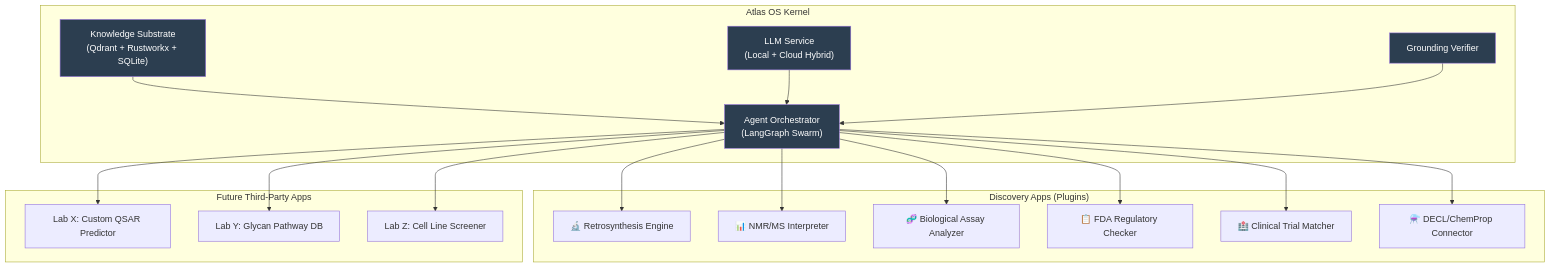
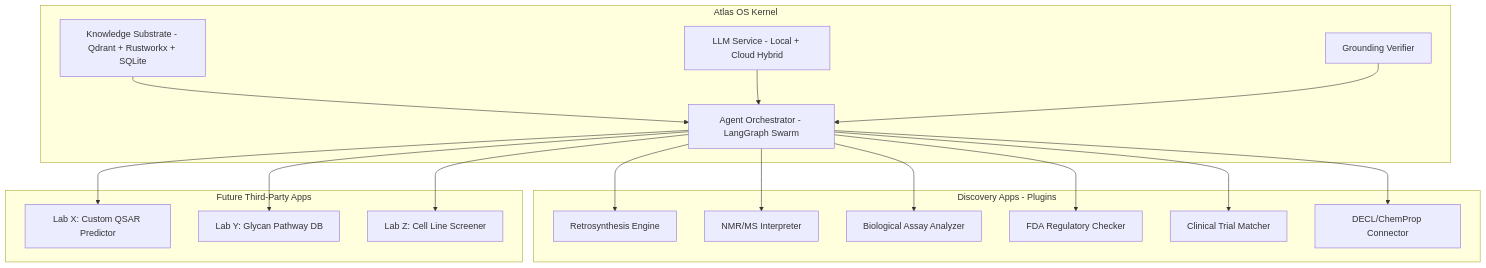
One commit to AidanSYu/Atlas-OS changed the eighth of 9 diagrams in docs/ATLAS_DISCOVERY_VISION.md. Above: the diagram before and after it, drawn with Mermaid. The commit also changed other lines of this file and 1 other file, not shown here.

Commit message:
docs: Move ATLAS_DISCOVERY_VISION.md to docs/ and refactor content for improved path portability and diagram clarity.

````diff
--- a/docs/ATLAS_DISCOVERY_VISION.md
+++ b/docs/ATLAS_DISCOVERY_VISION.md
@@ -447,42 +418,37 @@
 ```mermaid
 graph TB
-    subgraph "Atlas OS Kernel"
-        K1["Agent Orchestrator<br/>(LangGraph Swarm)"]
-        K2["Knowledge Substrate<br/>(Qdrant + Rustworkx + SQLite)"]
-        K3["LLM Service<br/>(Local + Cloud Hybrid)"]
+    subgraph KERNEL["Atlas OS Kernel"]
+        K1["Agent Orchestrator - LangGraph Swarm"]
+        K2["Knowledge Substrate - Qdrant + Rustworkx + SQLite"]
+        K3["LLM Service - Local + Cloud Hybrid"]
         K4["Grounding Verifier"]
     end
 
-    subgraph "Discovery Apps (Plugins)"
-        P1["🔬 Retrosynthesis Engine"]
-        P2["📊 NMR/MS Interpreter"]
-        P3["🧬 Biological Assay Analyzer"]
-        P4["📋 FDA Regulatory Checker"]
-        P5["🏥 Clinical Trial Matcher"]
-        P6["⚗️ DECL/ChemProp Connector"]
+    subgraph PLUGINS["Discovery Apps - Plugins"]
+        P1["Retrosynthesis Engine"]
+        P2["NMR/MS Interpreter"]
+        P3["Biological Assay Analyzer"]
+        P4["FDA Regulatory Checker"]
+        P5["Clinical Trial Matcher"]
+        P6["DECL/ChemProp Connector"]
     end
 
-    subgraph "Future Third-Party Apps"
+    subgraph THIRD["Future Third-Party Apps"]
         T1["Lab X: Custom QSAR Predictor"]
         T2["Lab Y: Glycan Pathway DB"]
         T3["Lab Z: Cell Line Screener"]
     end
 
     K1 --> P1
     K1 --> P2
     K1 --> P3
     K1 --> P4
     K1 --> P5
     K1 --> P6
     K1 --> T1
     K1 --> T2
     K1 --> T3
     K2 --> K1
     K3 --> K1
     K4 --> K1
-
-    style K1 fill:#2C3E50,color:#fff
-    style K2 fill:#2C3E50,color:#fff
-    style K3 fill:#2C3E50,color:#fff
-    style K4 fill:#2C3E50,color:#fff
 ```
````
